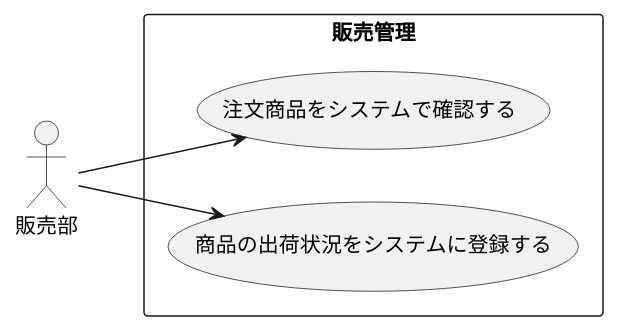
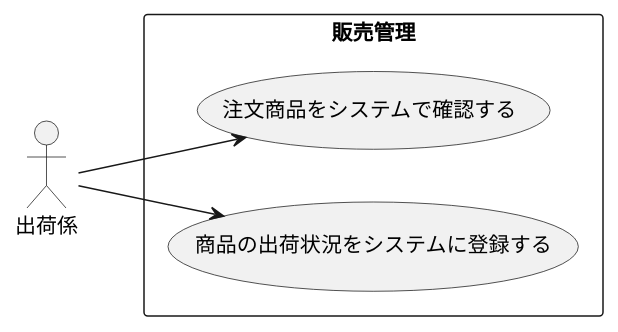
One commit to ShoT0323/uml-introduction changed the diagram in 演習2-5_盛岡商事_販売管理システム.pu. Above: the diagram before and after it, drawn with PlantUML. The commit also changed 1 other file, not shown here.

```diff
--- a/演習2-5_盛岡商事_販売管理システム.pu
+++ b/演習2-5_盛岡商事_販売管理システム.pu
@@ -1,10 +1,10 @@
 @startuml ユースケース図
 left to right direction
-actor 販売部
+actor 出荷係
 rectangle 販売管理{
     usecase 注文商品をシステムで確認する
     usecase 商品の出荷状況をシステムに登録する
 }
-販売部-->注文商品をシステムで確認する
-販売部-->商品の出荷状況をシステムに登録する
+出荷係-->注文商品をシステムで確認する
+出荷係-->商品の出荷状況をシステムに登録する
 @enduml
```
